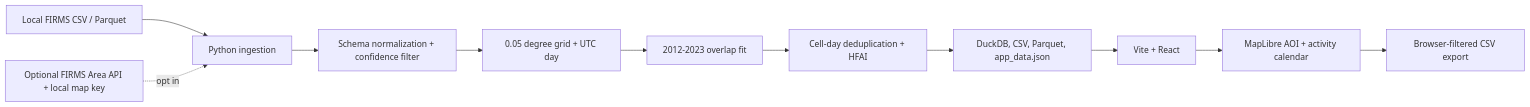
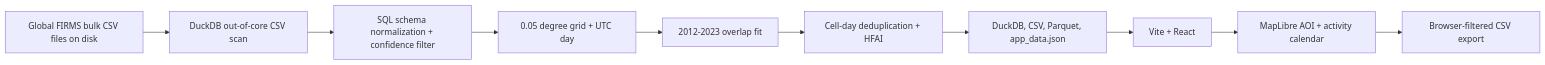
The diagram in MANUAL.md (nithyashree-d-n/Fireline), drawn with Mermaid before and after one commit. The commit also changed other lines of this file and 12 other files, not shown here.

````diff
--- a/MANUAL.md
+++ b/MANUAL.md
@@ -11,13 +11,12 @@
 ```mermaid
 flowchart LR
-  A[Local FIRMS CSV / Parquet] --> B[Python ingestion]
-  K[Optional FIRMS Area API + local map key] -. opt in .-> B
-  B --> C[Schema normalization + confidence filter]
+  A[Global FIRMS bulk CSV files on disk] --> B[DuckDB out-of-core CSV scan]
+  B --> C[SQL schema normalization + confidence filter]
   C --> D[0.05 degree grid + UTC day]
   D --> E[2012-2023 overlap fit]
   E --> F[Cell-day deduplication + HFAI]
   F --> G[DuckDB, CSV, Parquet, app_data.json]
   G --> H[Vite + React]
   H --> I[MapLibre AOI + activity calendar]
   I --> J[Browser-filtered CSV export]
 ```
````
